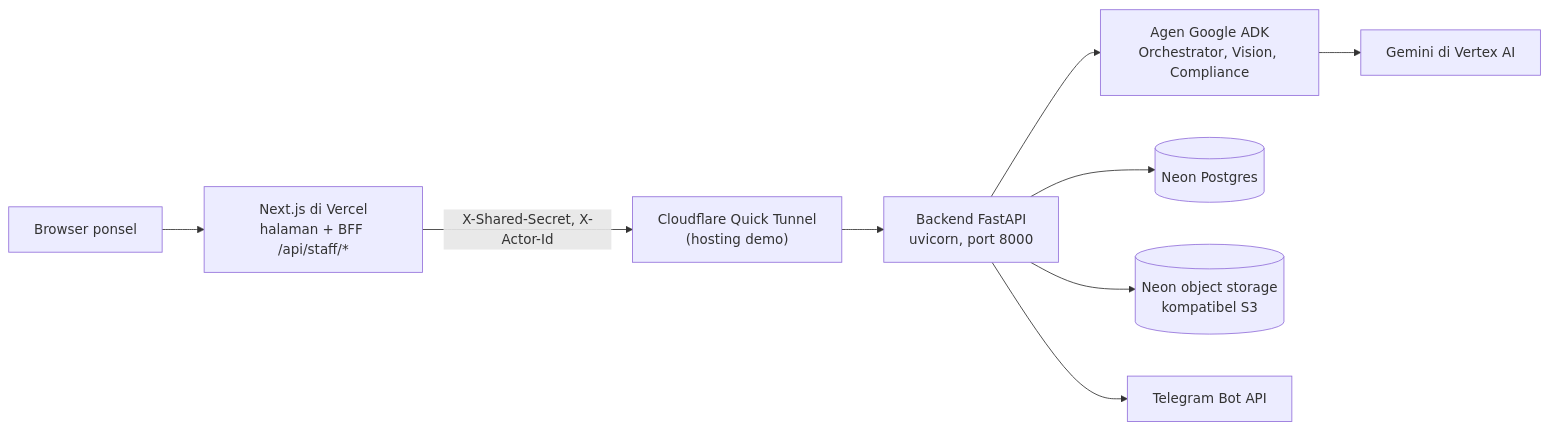
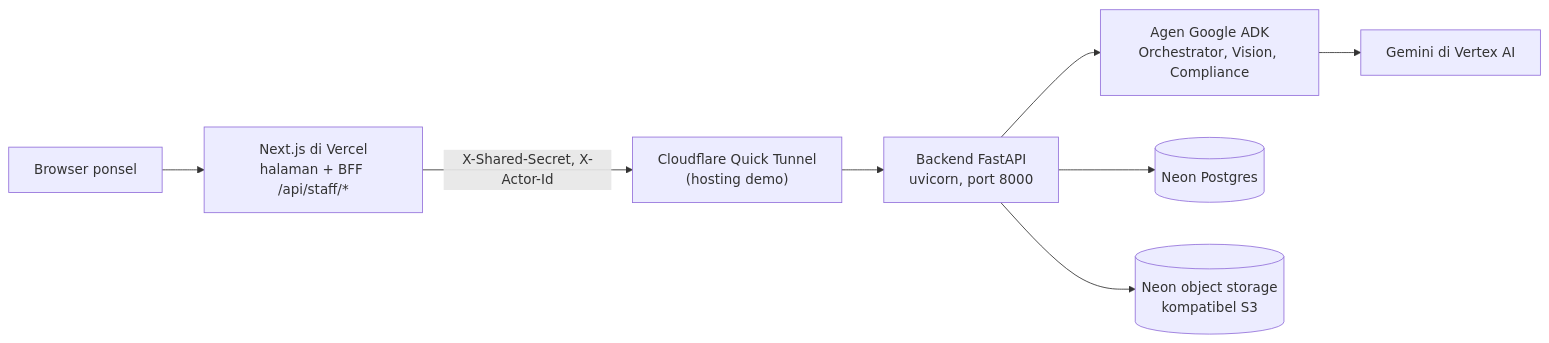
The first of 3 diagrams in README.id.md (zayedrmdn/dapur-aman), drawn with Mermaid before and after one commit. The commit also changed other lines of this file and 1 other file, not shown here.

````diff
--- a/README.id.md
+++ b/README.id.md
@@ -97,11 +97,11 @@
 ```mermaid
 flowchart LR
   Phone["Browser ponsel"] --> Vercel["Next.js di Vercel<br/>halaman + BFF /api/staff/*"]
   Vercel -- "X-Shared-Secret, X-Actor-Id" --> Tunnel["Cloudflare Quick Tunnel<br/>(hosting demo)"]
   Tunnel --> API["Backend FastAPI<br/>uvicorn, port 8000"]
   API --> Agents["Agen Google ADK<br/>Orchestrator, Vision, Compliance"]
   Agents --> Gemini["Gemini di Vertex AI"]
   API --> PG[("Neon Postgres")]
   API --> S3[("Neon object storage<br/>kompatibel S3")]
-  API --> TG["Telegram Bot API"]
+
 ```
````
